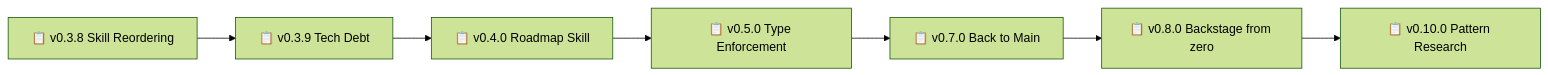
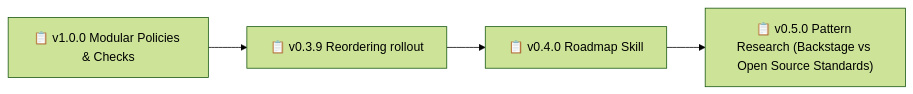
The diagram in backstage/ROADMAP.md (nonlinear/backstage), drawn with Mermaid (forest theme) before and after one commit. The commit also changed other lines of this file and 1 other file, not shown here.

First line of the commit message:
Release v1.0.0: Modular Policies & Checks

````diff
--- a/backstage/ROADMAP.md
+++ b/backstage/ROADMAP.md
@@ -15,16 +30,10 @@
 ```mermaid
 graph LR
-    A[📋 v0.3.8 Skill Reordering]
-    B[📋 v0.3.9 Tech Debt]
+    A[📋 v1.0.0 Modular Policies & Checks]
+    B[📋 v0.3.9 Reordering rollout]
     A --> B
     C[📋 v0.4.0 Roadmap Skill]
     B --> C
-    D[📋 v0.5.0 Type Enforcement]
+    D["📋 v0.5.0 Pattern Research (Backstage vs Open Source Standards)"]
     C --> D
-    E[📋 v0.7.0 Back to Main]
-    D --> E
-    F[📋 v0.8.0 Backstage from zero]
-    E --> F
-    G[📋 v0.10.0 Pattern Research]
-    F --> G
 ```
````
